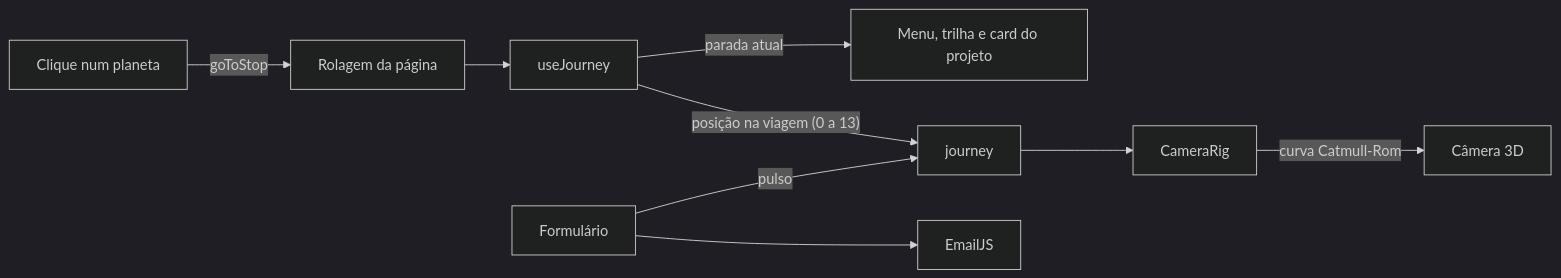
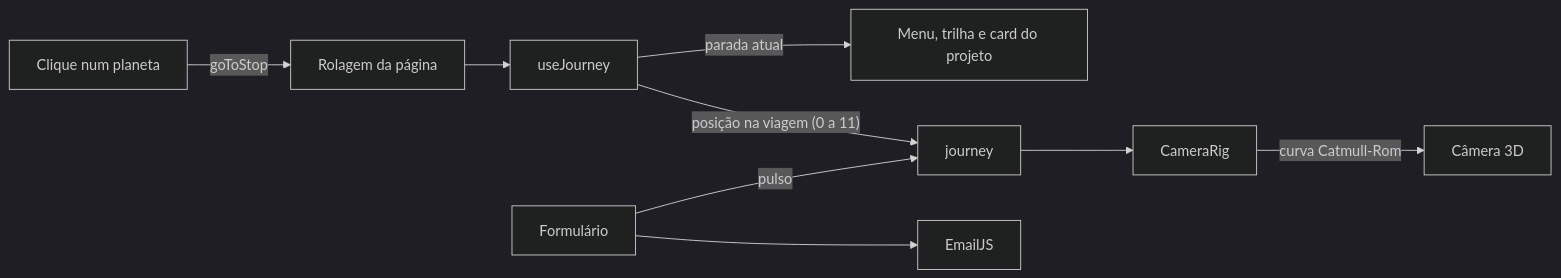
The diagram in README.md (guilhermevaladares7/portfolio), drawn with Mermaid (dark theme) before and after one commit. The commit also changed other lines of this file and 3 other files, not shown here.

````diff
--- a/README.md
+++ b/README.md
@@ -153,11 +153,11 @@
 ```mermaid
 flowchart LR
     A[Rolagem da página] --> B[useJourney]
-    B -->|"posição na viagem (0 a 13)"| C[journey]
+    B -->|"posição na viagem (0 a 11)"| C[journey]
     C --> D[CameraRig]
     D -->|curva Catmull-Rom| E[Câmera 3D]
     B -->|parada atual| F[Menu, trilha e card do projeto]
     G[Clique num planeta] -->|goToStop| A
     H[Formulário] --> I[EmailJS]
     H -->|pulso| C
 ```
````
